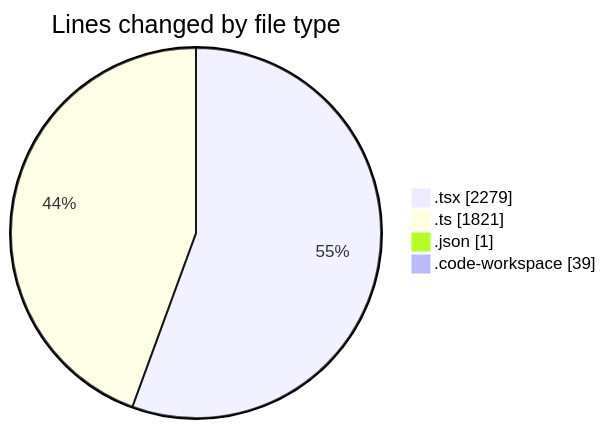
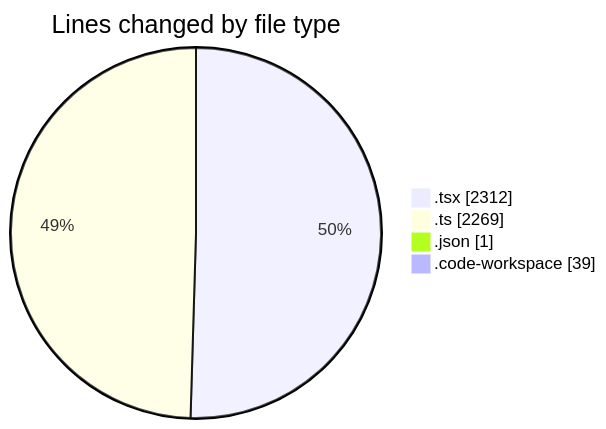
Before and after one commit to julien-gomy/code-tracking: the first of 2 diagrams in 2025-10-08/eventscop-frontend-guide__workspace_/README.md, drawn with Mermaid. The commit also changed other lines of this file and 1 other file, not shown here.

````diff
--- a/2025-10-08/eventscop-frontend-guide__workspace_/README.md
+++ b/2025-10-08/eventscop-frontend-guide__workspace_/README.md
@@ -36,8 +37,8 @@
 ```mermaid
 pie showData
 title Lines changed by file type
-".tsx" : 2279
-".ts" : 1821
+".tsx" : 2312
+".ts" : 2269
 ".json" : 1
 ".code-workspace" : 39
 ```
````
